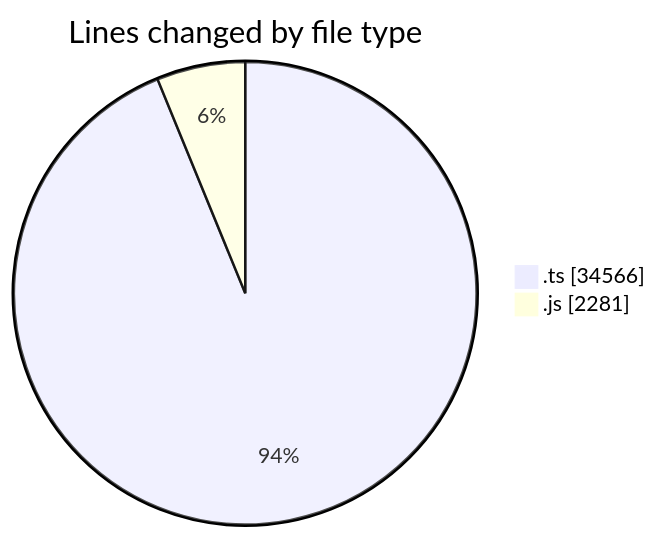
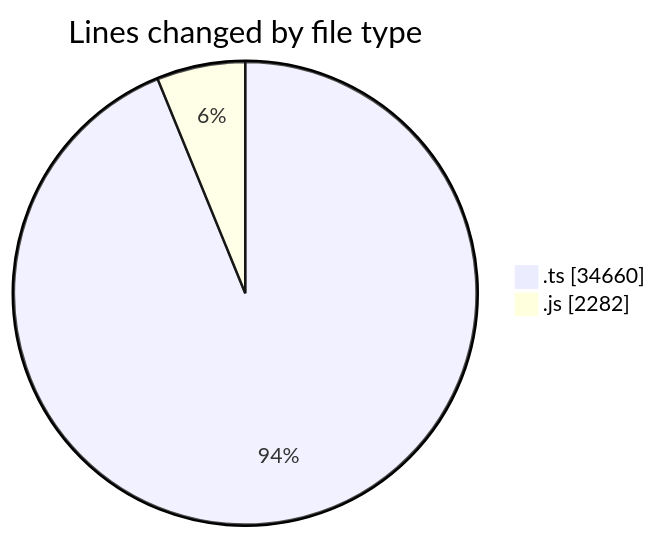
The first of 2 diagrams in 2025-06-26/cda/README.md (momahboobian/code-tracking), drawn with Mermaid before and after one commit. The commit also changed other lines of this file and 1 other file, not shown here.

````diff
--- a/2025-06-26/cda/README.md
+++ b/2025-06-26/cda/README.md
@@ -36,6 +36,6 @@
 ```mermaid
 pie showData
 title Lines changed by file type
-".ts" : 34566
-".js" : 2281
+".ts" : 34660
+".js" : 2282
 ```
````
